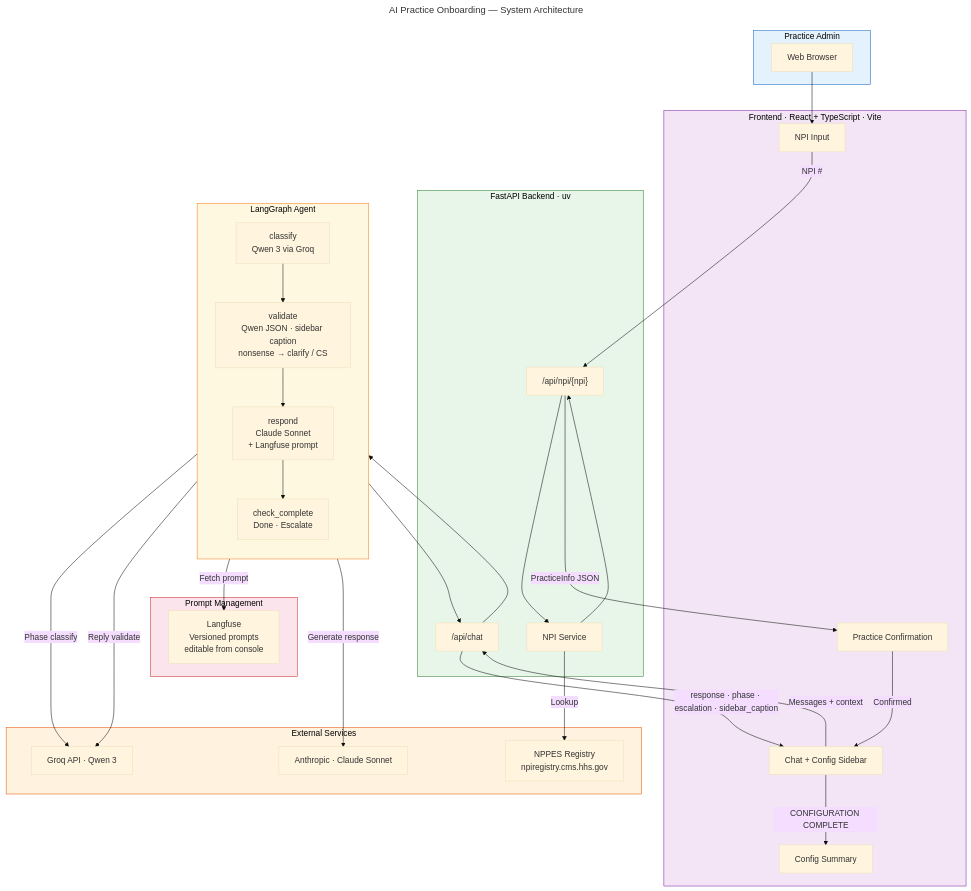
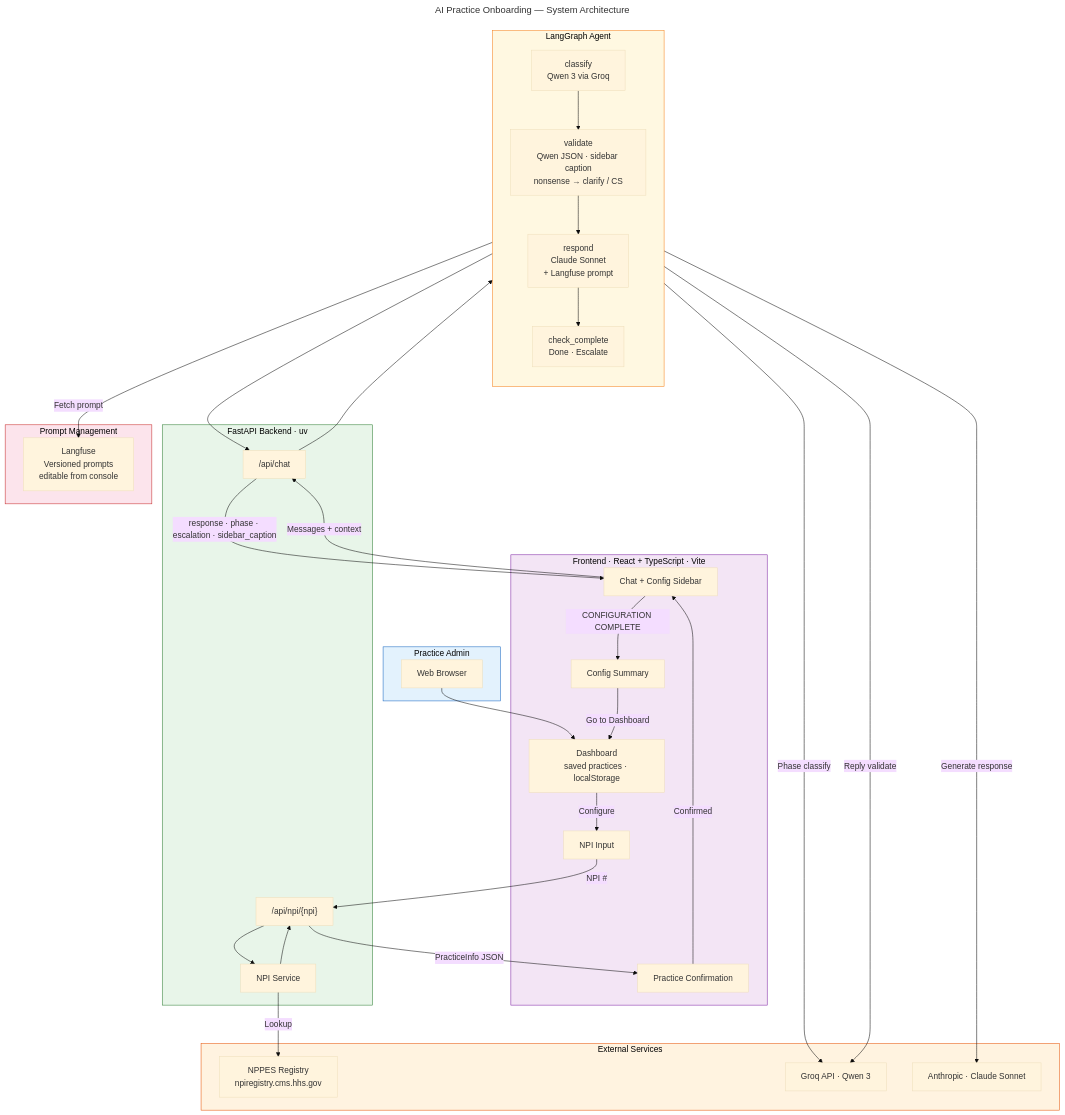
One commit to mmoussaif/prescriberAI changed the diagram in docs/architecture.mermaid. Above: the diagram before and after it, drawn with Mermaid (base theme). The commit also changed 11 other files, not shown here.

First line of the commit message:
Docs, diagrams, tests README; tighten localStorage account validation

```diff
--- a/docs/architecture.mermaid
+++ b/docs/architecture.mermaid
@@ -1,65 +1,68 @@
 ---
 title: AI Practice Onboarding — System Architecture
 ---
 
 flowchart TB
     subgraph USER["Practice Admin"]
         Browser["Web Browser"]
     end
 
     subgraph FRONTEND["Frontend · React + TypeScript · Vite"]
+        Dashboard["Dashboard<br/>saved practices · localStorage"]
         NPI_Form["NPI Input"]
         Confirm["Practice Confirmation"]
         Chat_UI["Chat + Config Sidebar"]
         Summary["Config Summary"]
     end
 
     subgraph BACKEND["FastAPI Backend · uv"]
         NPI_Router["/api/npi/{npi}"]
         Chat_Router["/api/chat"]
         NPI_Svc["NPI Service"]
     end
 
     subgraph LANGGRAPH["LangGraph Agent"]
         direction TB
         Classify["classify<br/>Qwen 3 via Groq"]
         Validate["validate<br/>Qwen JSON · sidebar caption<br/>nonsense → clarify / CS"]
         Respond["respond<br/>Claude Sonnet<br/>+ Langfuse prompt"]
         Check["check_complete<br/>Done · Escalate"]
         Classify --> Validate --> Respond --> Check
     end
 
     subgraph PROMPTS["Prompt Management"]
         Langfuse["Langfuse<br/>Versioned prompts<br/>editable from console"]
     end
 
     subgraph EXTERNAL["External Services"]
         NPPES["NPPES Registry<br/>npiregistry.cms.hhs.gov"]
         Groq["Groq API · Qwen 3"]
         Claude["Anthropic · Claude Sonnet"]
     end
 
-    Browser --> NPI_Form
+    Browser --> Dashboard
+    Dashboard -->|"Configure"| NPI_Form
     NPI_Form -->|"NPI #"| NPI_Router
     NPI_Router --> NPI_Svc
     NPI_Svc -->|"Lookup"| NPPES
     NPI_Svc --> NPI_Router
     NPI_Router -->|"PracticeInfo JSON"| Confirm
 
     Confirm -->|"Confirmed"| Chat_UI
     Chat_UI -->|"Messages + context"| Chat_Router
     Chat_Router --> Classify
     Classify -->|"Phase classify"| Groq
     Validate -->|"Reply validate"| Groq
     Respond -->|"Fetch prompt"| Langfuse
     Respond -->|"Generate response"| Claude
     Check --> Chat_Router
     Chat_Router -->|"response · phase · escalation · sidebar_caption"| Chat_UI
     Chat_UI -->|"CONFIGURATION COMPLETE"| Summary
+    Summary -->|"Go to Dashboard"| Dashboard
 
     style USER fill:#E3F2FD,stroke:#1565C0,color:#000
     style FRONTEND fill:#F3E5F5,stroke:#7B1FA2,color:#000
     style BACKEND fill:#E8F5E9,stroke:#2E7D32,color:#000
     style LANGGRAPH fill:#FFF8E1,stroke:#F57F17,color:#000
     style PROMPTS fill:#FCE4EC,stroke:#C62828,color:#000
     style EXTERNAL fill:#FFF3E0,stroke:#E65100,color:#000
```
